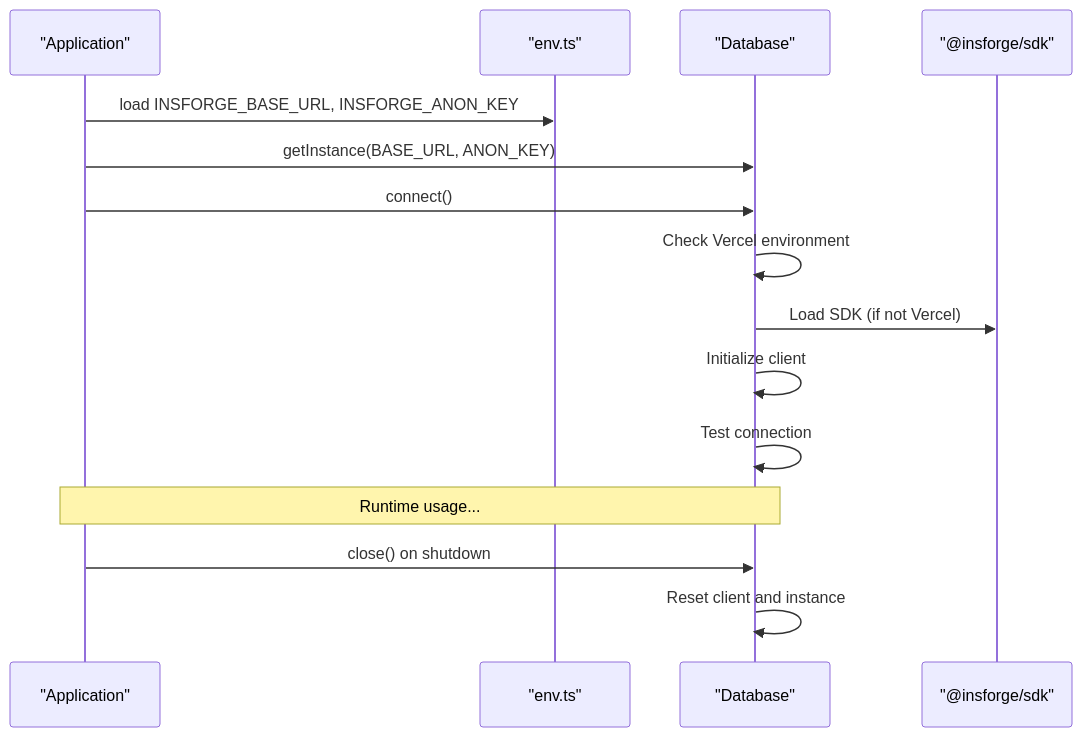
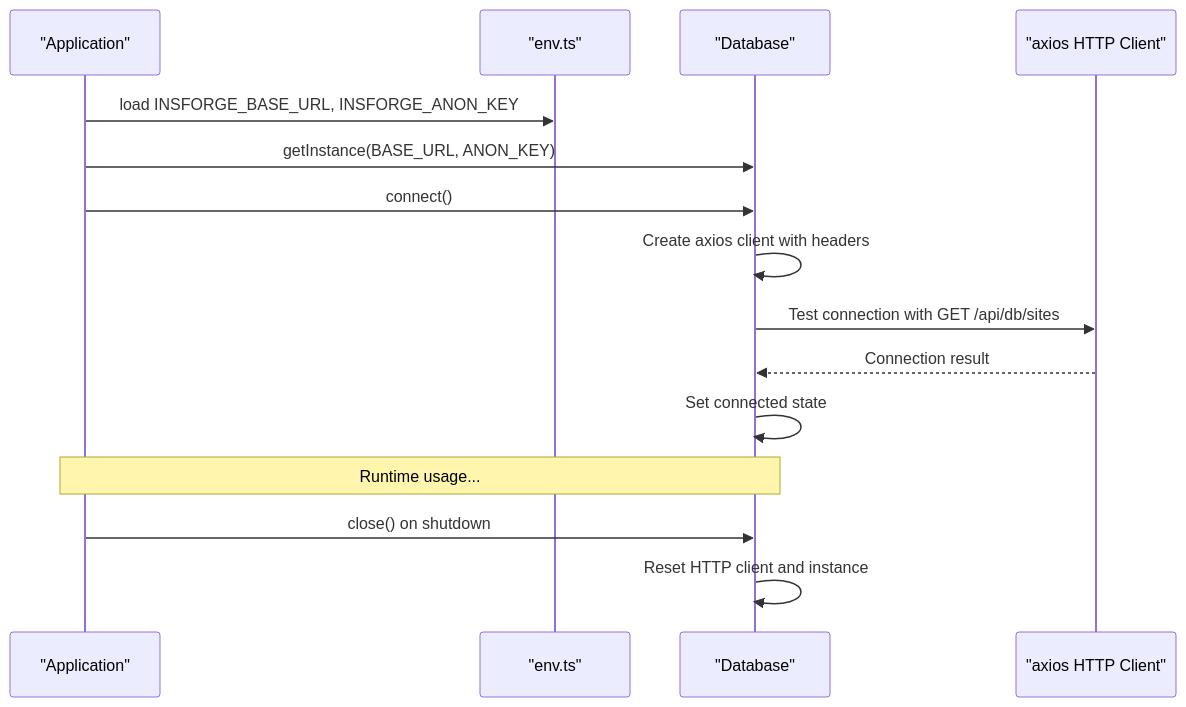
One commit to vishnusaibhosekar/ares changed the fifth of 6 diagrams in .qoder/repowiki/en/content/Repository Layer/Database Abstraction.md. Above: the diagram before and after it, drawn with Mermaid. The commit also changed other lines of this file and 10 other files, not shown here.

````diff
--- a/.qoder/repowiki/en/content/Repository Layer/Database Abstraction.md
+++ b/.qoder/repowiki/en/content/Repository Layer/Database Abstraction.md
@@ -310,17 +312,17 @@
 ```mermaid
 sequenceDiagram
 participant App as "Application"
 participant Env as "env.ts"
 participant DB as "Database"
-participant SDK as "@insforge/sdk"
+participant Axios as "axios HTTP Client"
 App->>Env : load INSFORGE_BASE_URL, INSFORGE_ANON_KEY
 App->>DB : getInstance(BASE_URL, ANON_KEY)
 App->>DB : connect()
-DB->>DB : Check Vercel environment
-DB->>SDK : Load SDK (if not Vercel)
-DB->>DB : Initialize client
-DB->>DB : Test connection
+DB->>DB : Create axios client with headers
+DB->>Axios : Test connection with GET /api/db/sites
+Axios-->>DB : Connection result
+DB->>DB : Set connected state
 Note over App,DB : Runtime usage...
 App->>DB : close() on shutdown
-DB->>DB : Reset client and instance
+DB->>DB : Reset HTTP client and instance
 ```
````
